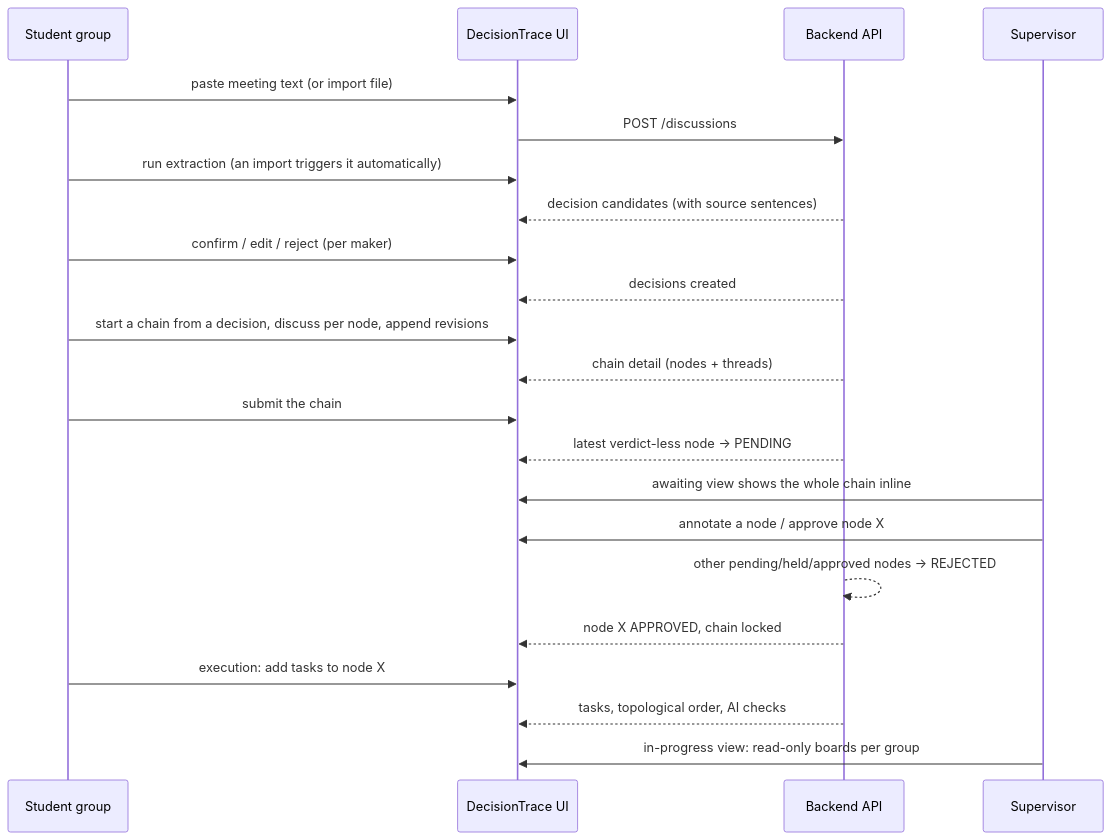
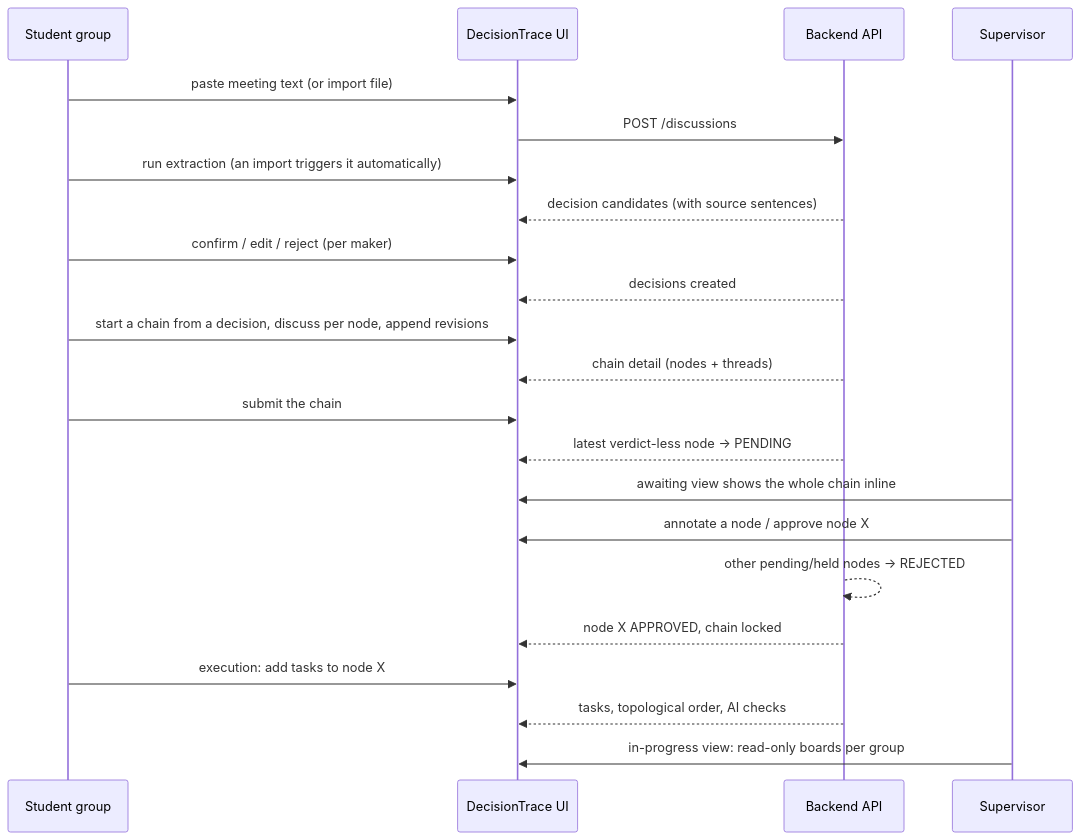
The second of 3 diagrams in docs/design/design-models.md (wyz-water/DecisionTrace), drawn with Mermaid before and after one commit. The commit also changed other lines of this file and 12 other files, not shown here.

````diff
--- a/docs/design/design-models.md
+++ b/docs/design/design-models.md
@@ -118,25 +126,25 @@
 ```mermaid
 sequenceDiagram
     participant S as Student group
     participant UI as DecisionTrace UI
     participant API as Backend API
     participant T as Supervisor
 
     S->>UI: paste meeting text (or import file)
     UI->>API: POST /discussions
     S->>UI: run extraction (an import triggers it automatically)
     API-->>UI: decision candidates (with source sentences)
     S->>UI: confirm / edit / reject (per maker)
     API-->>UI: decisions created
     S->>UI: start a chain from a decision, discuss per node, append revisions
     API-->>UI: chain detail (nodes + threads)
     S->>UI: submit the chain
     API-->>UI: latest verdict-less node → PENDING
     T->>UI: awaiting view shows the whole chain inline
     T->>UI: annotate a node / approve node X
-    API-->>API: other pending/held/approved nodes → REJECTED
+    API-->>API: other pending/held nodes → REJECTED
     API-->>UI: node X APPROVED, chain locked
     S->>UI: execution: add tasks to node X
     API-->>UI: tasks, topological order, AI checks
     T->>UI: in-progress view: read-only boards per group
 ```
````
